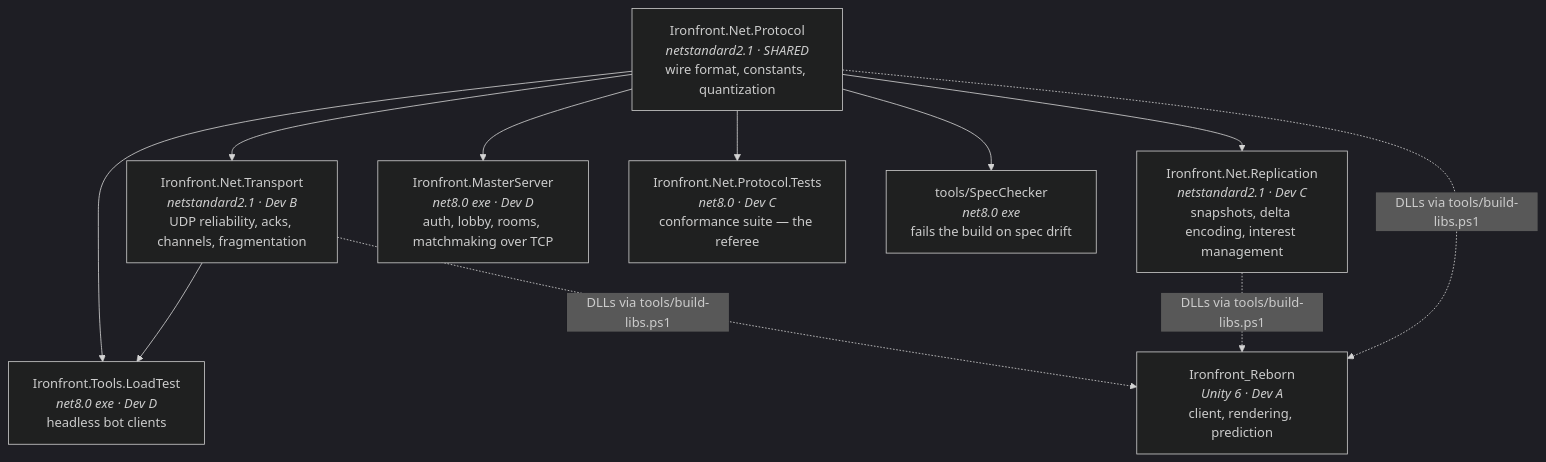
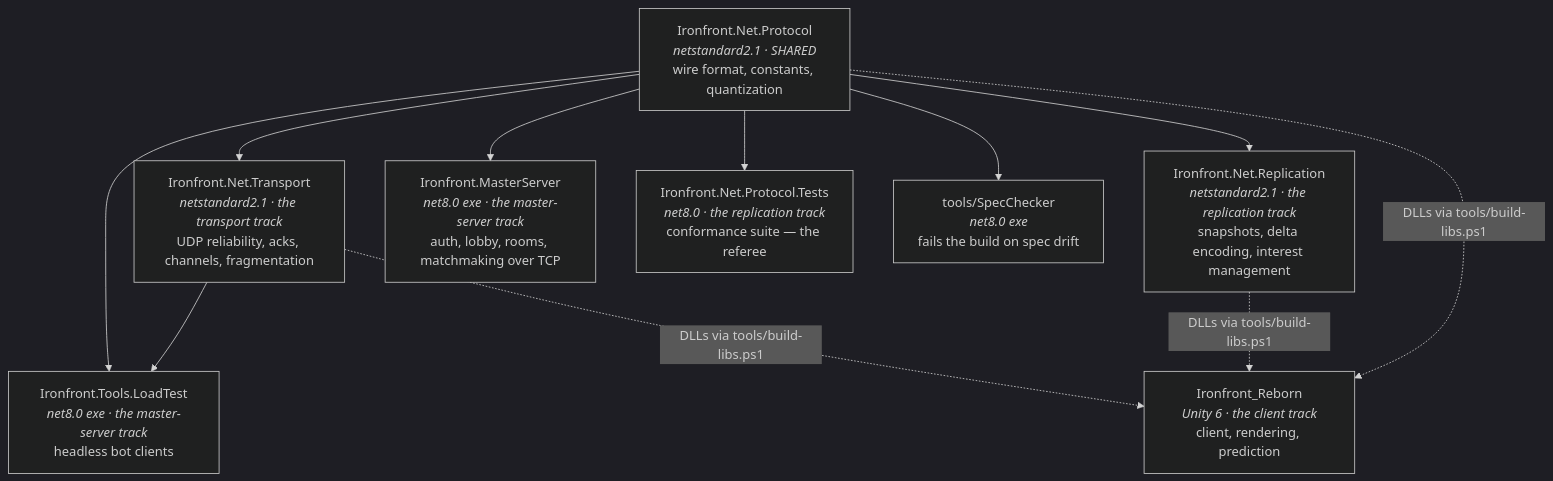
One commit to Nghaiz/LTM changed the diagram in README.md. Above: the diagram before and after it, drawn with Mermaid (dark theme). The commit also changed other lines of this file and 281 other files, not shown here.

````diff
--- a/README.md
+++ b/README.md
@@ -43,23 +43,23 @@
 ```mermaid
 flowchart TD
     P["Ironfront.Net.Protocol<br/><i>netstandard2.1 · SHARED</i><br/>wire format, constants, quantization"]
 
-    T["Ironfront.Net.Transport<br/><i>netstandard2.1 · Dev B</i><br/>UDP reliability, acks, channels, fragmentation"]
-    R["Ironfront.Net.Replication<br/><i>netstandard2.1 · Dev C</i><br/>snapshots, delta encoding, interest management"]
-    M["Ironfront.MasterServer<br/><i>net8.0 exe · Dev D</i><br/>auth, lobby, rooms, matchmaking over TCP"]
-    L["Ironfront.Tools.LoadTest<br/><i>net8.0 exe · Dev D</i><br/>headless bot clients"]
-    U["Ironfront_Reborn<br/><i>Unity 6 · Dev A</i><br/>client, rendering, prediction"]
-    C["Ironfront.Net.Protocol.Tests<br/><i>net8.0 · Dev C</i><br/>conformance suite — the referee"]
+    T["Ironfront.Net.Transport<br/><i>netstandard2.1 · the transport track</i><br/>UDP reliability, acks, channels, fragmentation"]
+    R["Ironfront.Net.Replication<br/><i>netstandard2.1 · the replication track</i><br/>snapshots, delta encoding, interest management"]
+    M["Ironfront.MasterServer<br/><i>net8.0 exe · the master-server track</i><br/>auth, lobby, rooms, matchmaking over TCP"]
+    L["Ironfront.Tools.LoadTest<br/><i>net8.0 exe · the master-server track</i><br/>headless bot clients"]
+    U["Ironfront_Reborn<br/><i>Unity 6 · the client track</i><br/>client, rendering, prediction"]
+    C["Ironfront.Net.Protocol.Tests<br/><i>net8.0 · the replication track</i><br/>conformance suite — the referee"]
     S["tools/SpecChecker<br/><i>net8.0 exe</i><br/>fails the build on spec drift"]
 
     P --> T
     P --> R
     P --> M
     P --> L
     P --> C
     P --> S
     T --> L
     T -.->|DLLs via tools/build-libs.ps1| U
     R -.->|DLLs via tools/build-libs.ps1| U
     P -.->|DLLs via tools/build-libs.ps1| U
 ```
````
